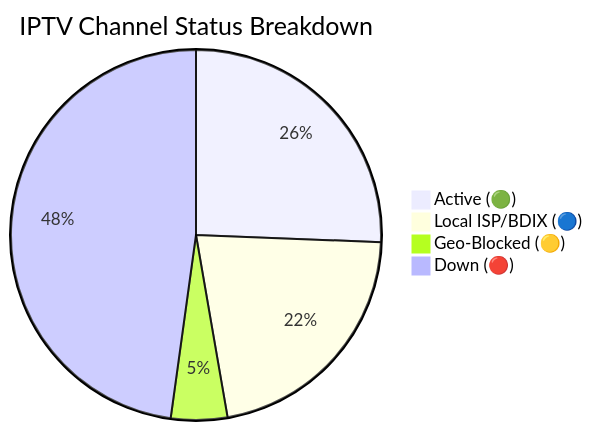
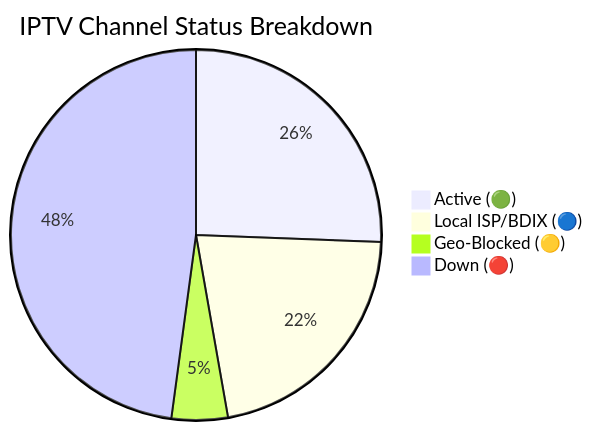
Before and after one commit to Zaman-Topu/Ip-tv-Collection: the diagram in README.md, drawn with Mermaid. The commit also changed other lines of this file and 6 other files, not shown here.

````diff
--- a/README.md
+++ b/README.md
@@ -118,7 +118,7 @@
 ```mermaid
 pie title IPTV Channel Status Breakdown
-    "Active (🟢)" : 10605
+    "Active (🟢)" : 10604
     "Local ISP/BDIX (🔵)" : 8962
-    "Geo-Blocked (🟡)" : 2036
-    "Down (🔴)" : 19792
+    "Geo-Blocked (🟡)" : 2030
+    "Down (🔴)" : 19830
 ```
````
